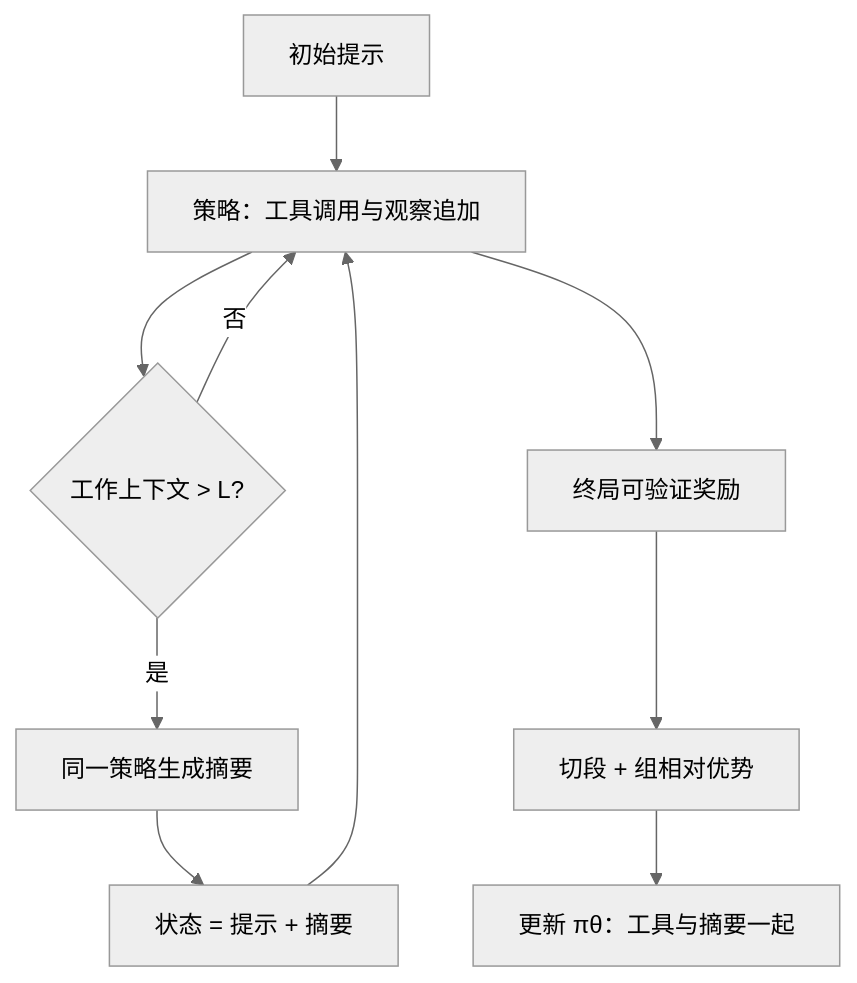
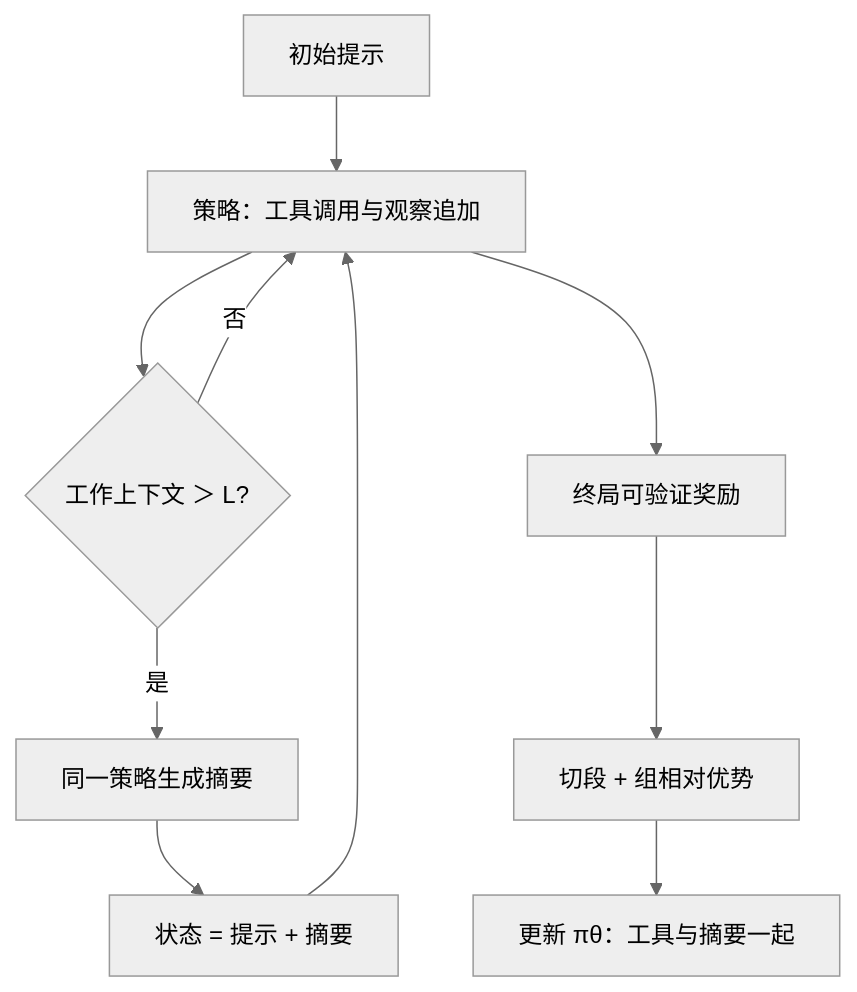
One commit to xhongduo-tech/xhongduo-tech.github.io changed the first of 2 diagrams in docs/llm/supo-context.md. Above: the diagram before and after it, drawn with Mermaid (neutral theme). The commit also changed 291 other files, not shown here.

Commit message:
Normalize lesson titles to tree names and repair mermaid arrow/quote syntax site-wide.

````diff
--- a/docs/llm/supo-context.md
+++ b/docs/llm/supo-context.md
@@ -34,12 +34,12 @@
 ```mermaid
 flowchart TD
   P["初始提示"] --> ROL["策略：工具调用与观察追加"]
-  ROL --> L{"工作上下文 > L?"}
+  ROL --> L{"工作上下文 ＞ L?"}
   L -->|否| ROL
   L -->|是| SUM["同一策略生成摘要"]
   SUM --> RST["状态 = 提示 + 摘要"]
   RST --> ROL
   ROL --> END["终局可验证奖励"]
   END --> G["切段 + 组相对优势"]
   G --> UPD["更新 πθ：工具与摘要一起"]
 ```
````
